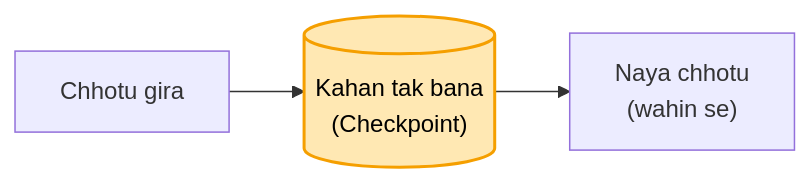
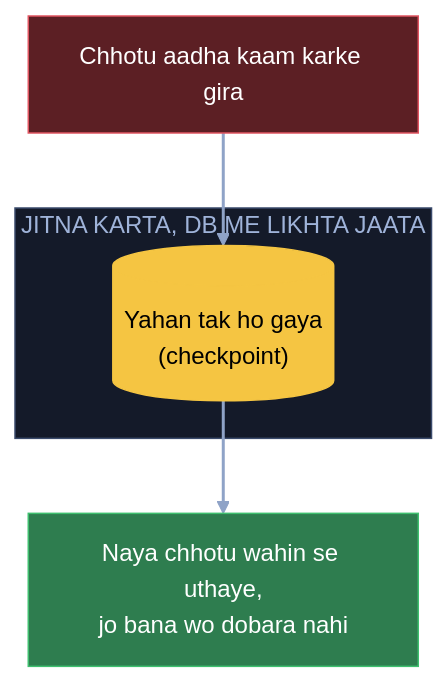
Before and after one commit to ArpanMaheshwari144/Prep: diagram 16 of 20 in 04_HLD/SYSTEM_DESIGNS/13_banking_system/13_banking_system.md, drawn with Mermaid. The commit also changed other lines of this file, not shown here.

Commit message:
Banking: 20 diagram hand notes ke shabdon se (branch, register, diary, laptop, photocopy, chhotu)

````diff
--- a/04_HLD/SYSTEM_DESIGNS/13_banking_system/13_banking_system.md
+++ b/04_HLD/SYSTEM_DESIGNS/13_banking_system/13_banking_system.md
@@ -336,6 +525,16 @@
 ```mermaid
-flowchart LR
-    W1["Chhotu gira"] --> C[("Kahan tak bana<br/>(Checkpoint)")]
-    C --> W2["Naya chhotu<br/>(wahin se)"]
-    style C fill:#ffe8b3,stroke:#f59f00,stroke-width:2px,color:#000
+flowchart TB
+    C["Chhotu aadha kaam karke gira"]:::bad
+    subgraph DB["JITNA KARTA, DB ME LIKHTA JAATA"]
+        P[("Yahan tak ho gaya<br/>(checkpoint)")]:::pill
+    end
+    N["Naya chhotu wahin se uthaye,<br/>jo bana wo dobara nahi"]:::good
+    C --> P
+    P --> N
+    linkStyle default stroke:#8fa3c7,stroke-width:2px
+    classDef card fill:#1e2638,stroke:#3a4a6b,color:#e8ecf5
+    classDef pill fill:#f5c542,stroke:#f5c542,color:#000
+    classDef good fill:#2e7d4f,stroke:#3fbf6f,color:#fff
+    classDef bad fill:#5c1f24,stroke:#e05561,color:#fff
+    style DB fill:#141a29,stroke:#3a4a6b,color:#9fb3d9
 ```
````
